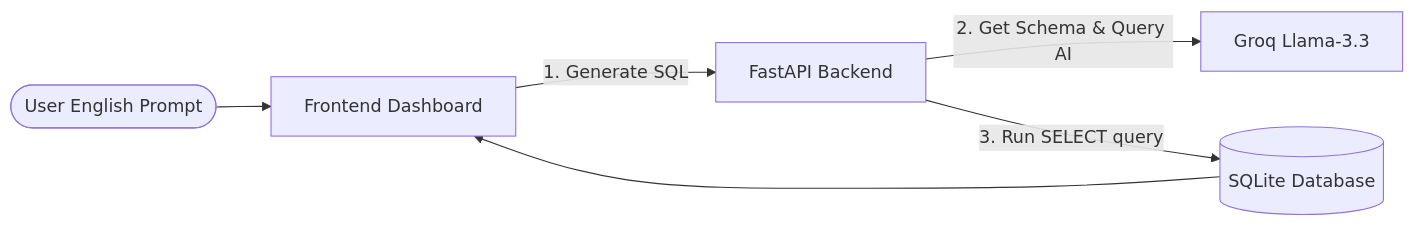
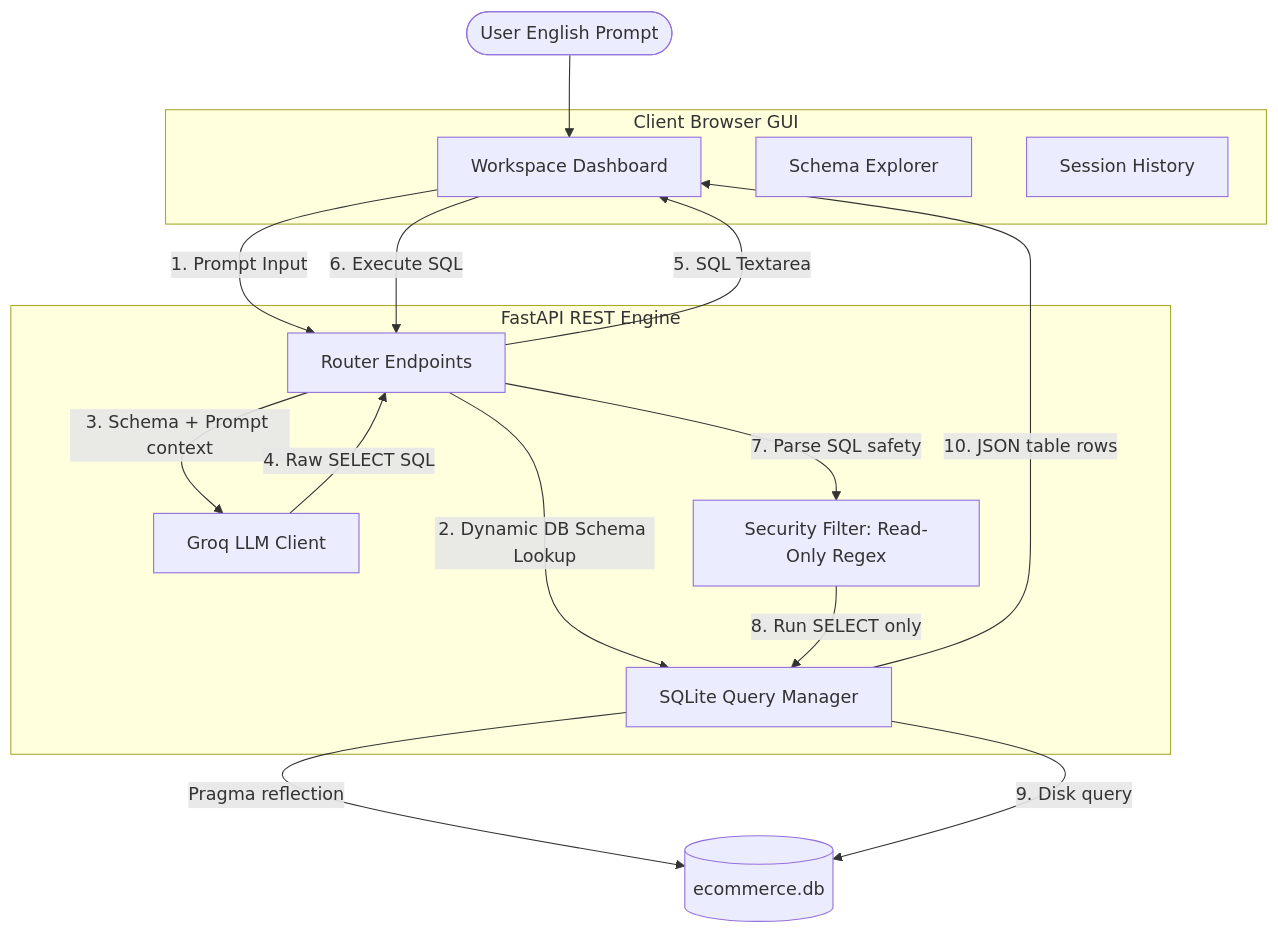
One commit to Nishchalpr4/NLP-2-SQL changed the diagram in README.md. Above: the diagram before and after it, drawn with Mermaid. The commit also changed other lines of this file, not shown here.

Commit message:
Update README: balance architecture detail level

````diff
--- a/README.md
+++ b/README.md
@@ -9,8 +9,31 @@
 ```mermaid
-graph LR
-    User([User English Prompt]) --> UI[Frontend Dashboard]
-    UI -->|1. Generate SQL| API[FastAPI Backend]
-    API -->|2. Get Schema & Query AI| Groq[Groq Llama-3.3]
-    API -->|3. Run SELECT query| DB[(SQLite Database)]
-    DB --> UI
+flowchart TD
+    subgraph Frontend [Client Browser GUI]
+        UI[Workspace Dashboard]
+        Explorer[Schema Explorer]
+        History[Session History]
+    end
+
+    subgraph Backend [FastAPI REST Engine]
+        API[Router Endpoints]
+        LLM[Groq LLM Client]
+        Guard[Security Filter: Read-Only Regex]
+        DB_Wrapper[SQLite Query Manager]
+    end
+
+    DB[(ecommerce.db)]
+
+    User([User English Prompt]) --> UI
+    UI -->|1. Prompt Input| API
+    API -->|2. Dynamic DB Schema Lookup| DB_Wrapper
+    DB_Wrapper -->|Pragma reflection| DB
+    API -->|3. Schema + Prompt context| LLM
+    LLM -->|4. Raw SELECT SQL| API
+    API -->|5. SQL Textarea| UI
+    
+    UI -->|6. Execute SQL| API
+    API -->|7. Parse SQL safety| Guard
+    Guard -->|8. Run SELECT only| DB_Wrapper
+    DB_Wrapper -->|9. Disk query| DB
+    DB_Wrapper -->|10. JSON table rows| UI
 ```
````
